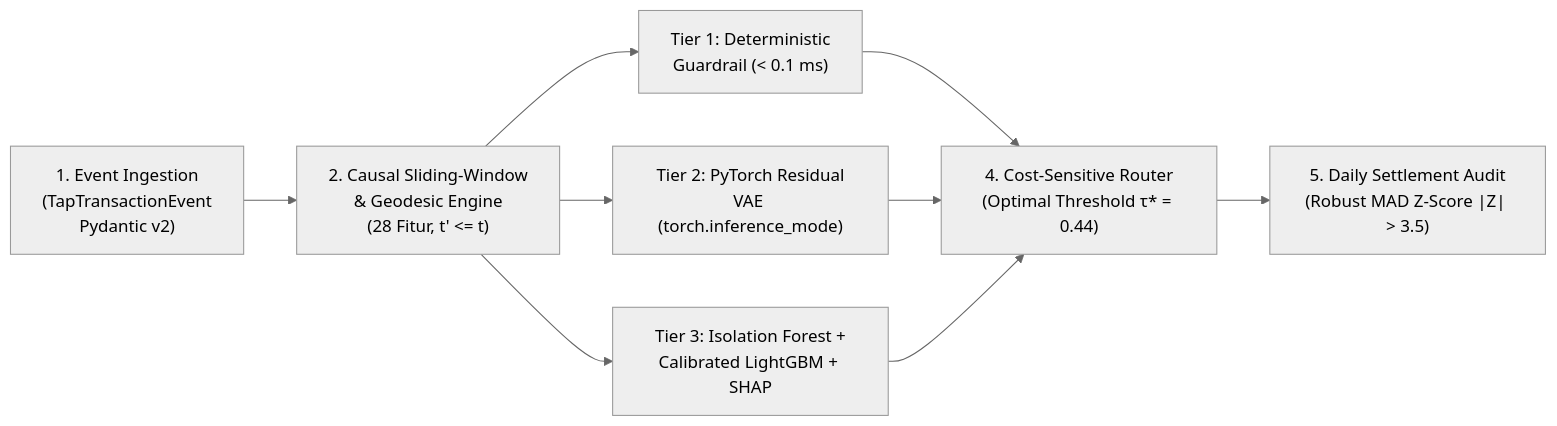
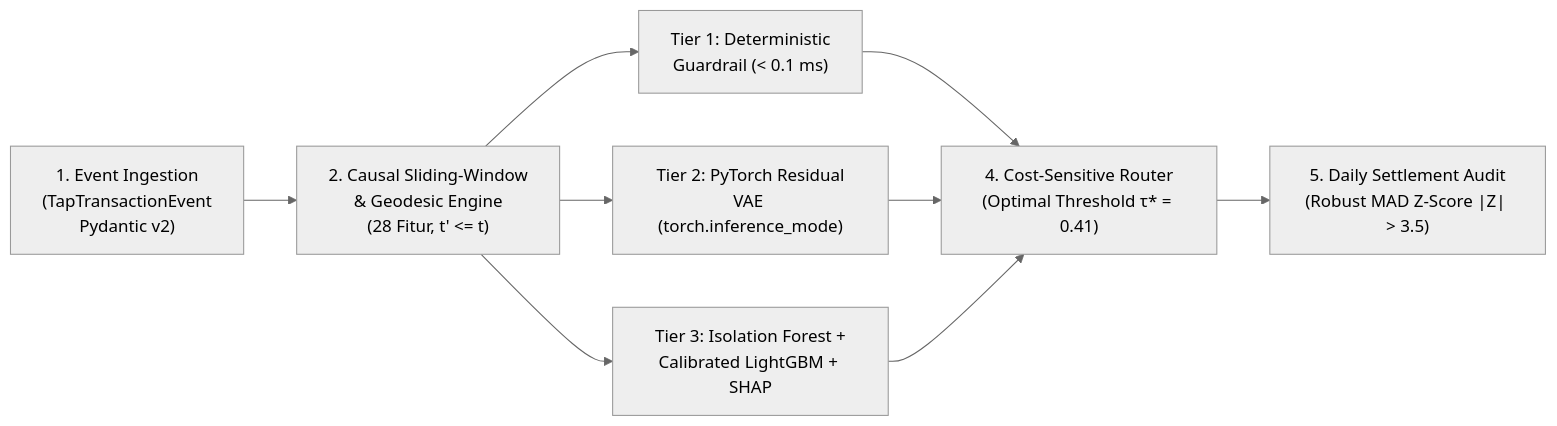
The diagram in README.md (TheGasz/transit-cashless-anomaly-detection), drawn with Mermaid (neutral theme) before and after one commit. The commit also changed other lines of this file and 6 other files, not shown here.

Commit message:
refactor: generalize project branding to TransitSentinel, untrack PRD, and adopt solo sprint roadmap

````diff
--- a/README.md
+++ b/README.md
@@ -22,9 +22,9 @@
 ```mermaid
 flowchart LR
     A["1. Event Ingestion\n(TapTransactionEvent\nPydantic v2)"] --> B["2. Causal Sliding-Window\n& Geodesic Engine\n(28 Fitur, t' <= t)"]
     B --> C1["Tier 1: Deterministic\nGuardrail (< 0.1 ms)"]
     B --> C2["Tier 2: PyTorch Residual\nVAE (torch.inference_mode)"]
     B --> C3["Tier 3: Isolation Forest +\nCalibrated LightGBM + SHAP"]
-    C1 & C2 & C3 --> D["4. Cost-Sensitive Router\n(Optimal Threshold τ* = 0.44)"]
+    C1 & C2 & C3 --> D["4. Cost-Sensitive Router\n(Optimal Threshold τ* = 0.41)"]
     D --> E["5. Daily Settlement Audit\n(Robust MAD Z-Score |Z| > 3.5)"]
 ```
````
